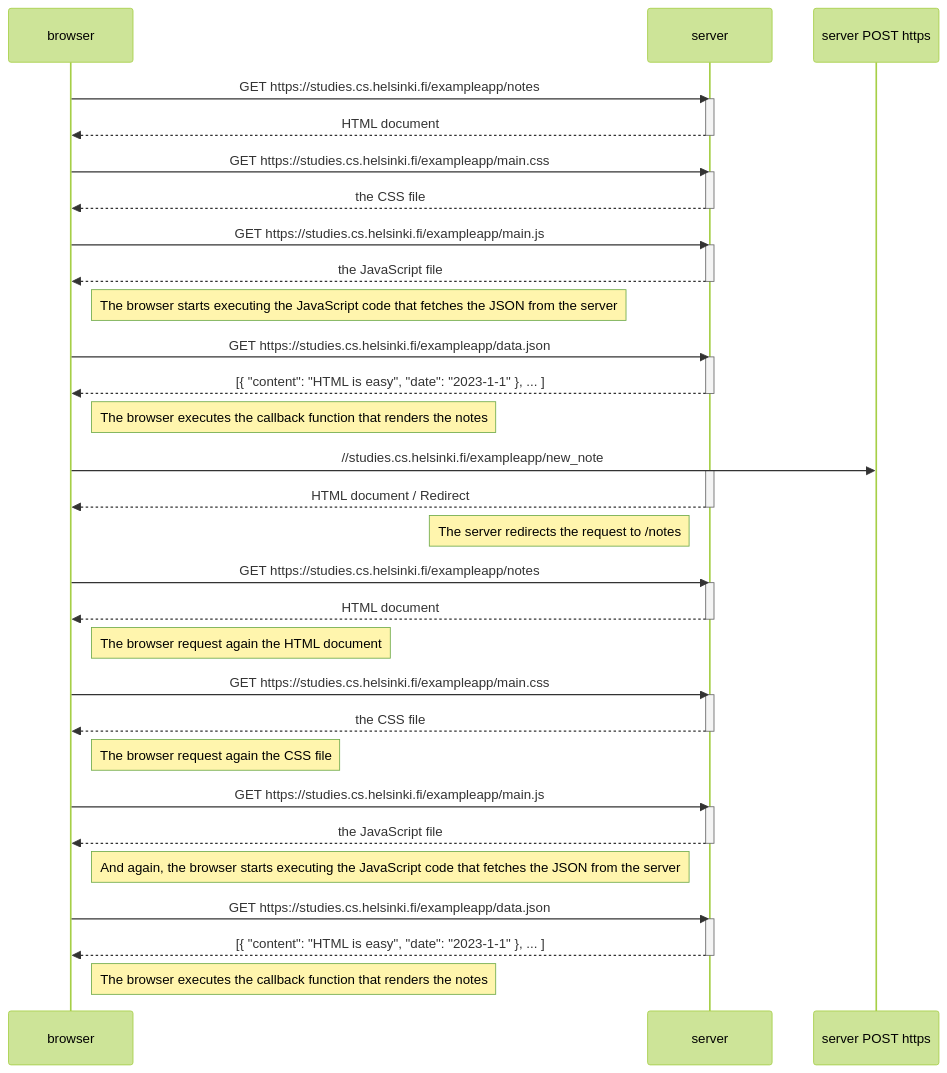
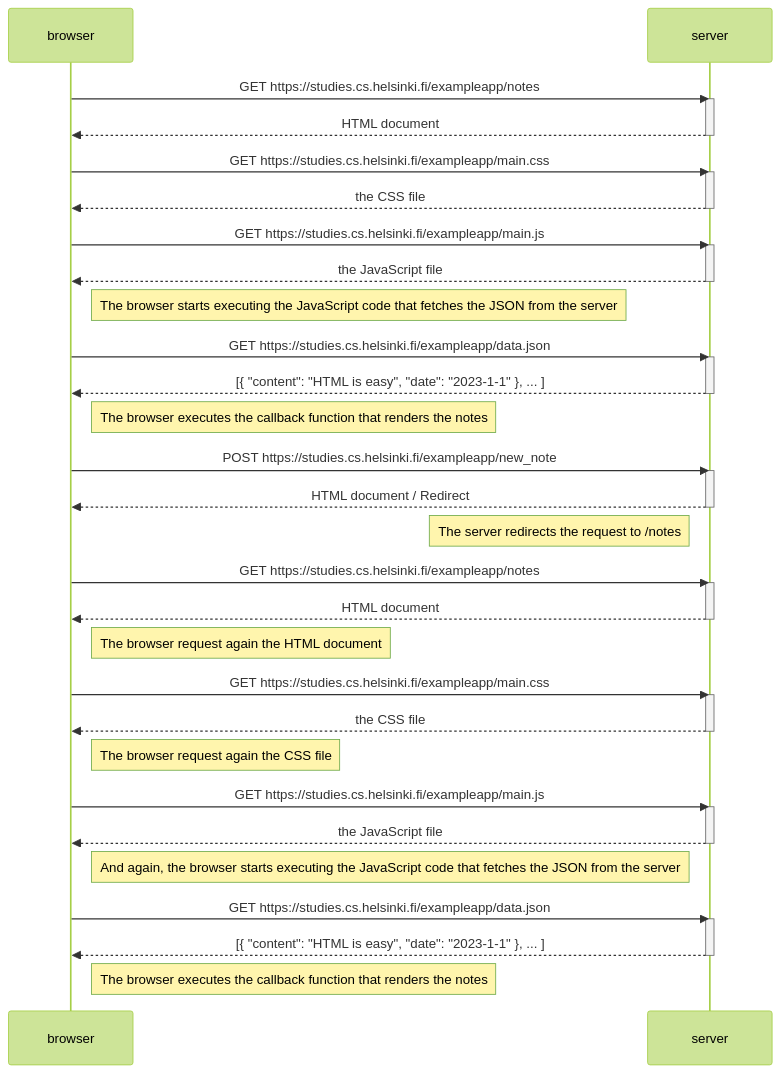
Before and after one commit to JorgeMoGlz/fullstack-open-2023: the diagram in part0/new-note-in-notes.md, drawn with Mermaid (forest theme).

Commit message:
Diagram of new note on notes-page created, correction

````diff
--- a/part0/new-note-in-notes.md
+++ b/part0/new-note-in-notes.md
@@ -3,65 +3,65 @@
 ```mermaid
 sequenceDiagram
     participant browser
     participant server
 
     browser->>server: GET https://studies.cs.helsinki.fi/exampleapp/notes
     activate server
     server-->>browser: HTML document
     deactivate server
 
     browser->>server: GET https://studies.cs.helsinki.fi/exampleapp/main.css
     activate server
     server-->>browser: the CSS file
     deactivate server
 
     browser->>server: GET https://studies.cs.helsinki.fi/exampleapp/main.js
     activate server
     server-->>browser: the JavaScript file
     deactivate server
 
     Note right of browser: The browser starts executing the JavaScript code that fetches the JSON from the server
 
     browser->>server: GET https://studies.cs.helsinki.fi/exampleapp/data.json
     activate server
     server-->>browser: [{ "content": "HTML is easy", "date": "2023-1-1" }, ... ]
     deactivate server
 
     Note right of browser: The browser executes the callback function that renders the notes
 
-    browser->>server POST https://studies.cs.helsinki.fi/exampleapp/new_note
+    browser->>server: POST https://studies.cs.helsinki.fi/exampleapp/new_note
     activate server
     server-->>browser: HTML document / Redirect
     deactivate server
 
     Note left of server: The server redirects the request to /notes
     
     browser->>server: GET https://studies.cs.helsinki.fi/exampleapp/notes
     activate server
     server-->>browser: HTML document
     deactivate server
 
     Note right of browser: The browser request again the HTML document
 
     browser->>server: GET https://studies.cs.helsinki.fi/exampleapp/main.css
     activate server
     server-->>browser: the CSS file
     deactivate server
 
     Note right of browser: The browser request again the CSS file
 
     browser->>server: GET https://studies.cs.helsinki.fi/exampleapp/main.js
     activate server
     server-->>browser: the JavaScript file
     deactivate server
 
     Note right of browser: And again, the browser starts executing the JavaScript code that fetches the JSON from the server
 
     browser->>server: GET https://studies.cs.helsinki.fi/exampleapp/data.json
     activate server
     server-->>browser: [{ "content": "HTML is easy", "date": "2023-1-1" }, ... ]
     deactivate server
 
     Note right of browser: The browser executes the callback function that renders the notes
 
 ```
````
